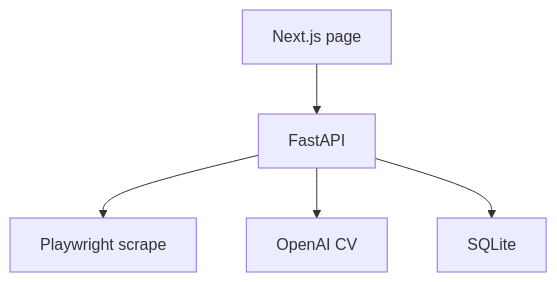
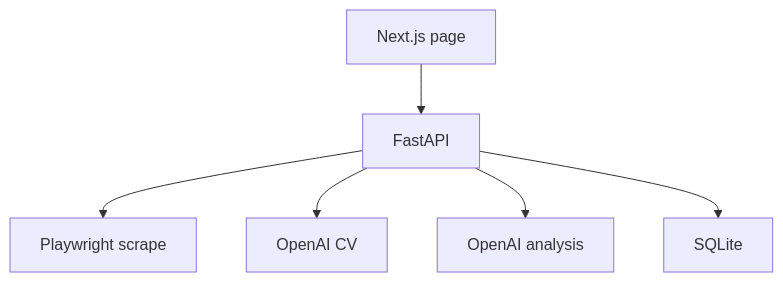
Before and after one commit to pscientist/career-assist: the diagram in README.md, drawn with Mermaid. The commit also changed other lines of this file and 4 other files, not shown here.

````diff
--- a/README.md
+++ b/README.md
@@ -9,12 +15,14 @@
 ```mermaid
 flowchart TD
   page[Next.js page]
   api[FastAPI]
   scrape[Playwright scrape]
   cv[OpenAI CV]
+  insight[OpenAI analysis]
   db[SQLite]
   page --> api
   api --> scrape
   api --> cv
+  api --> insight
   api --> db
 ```
````
